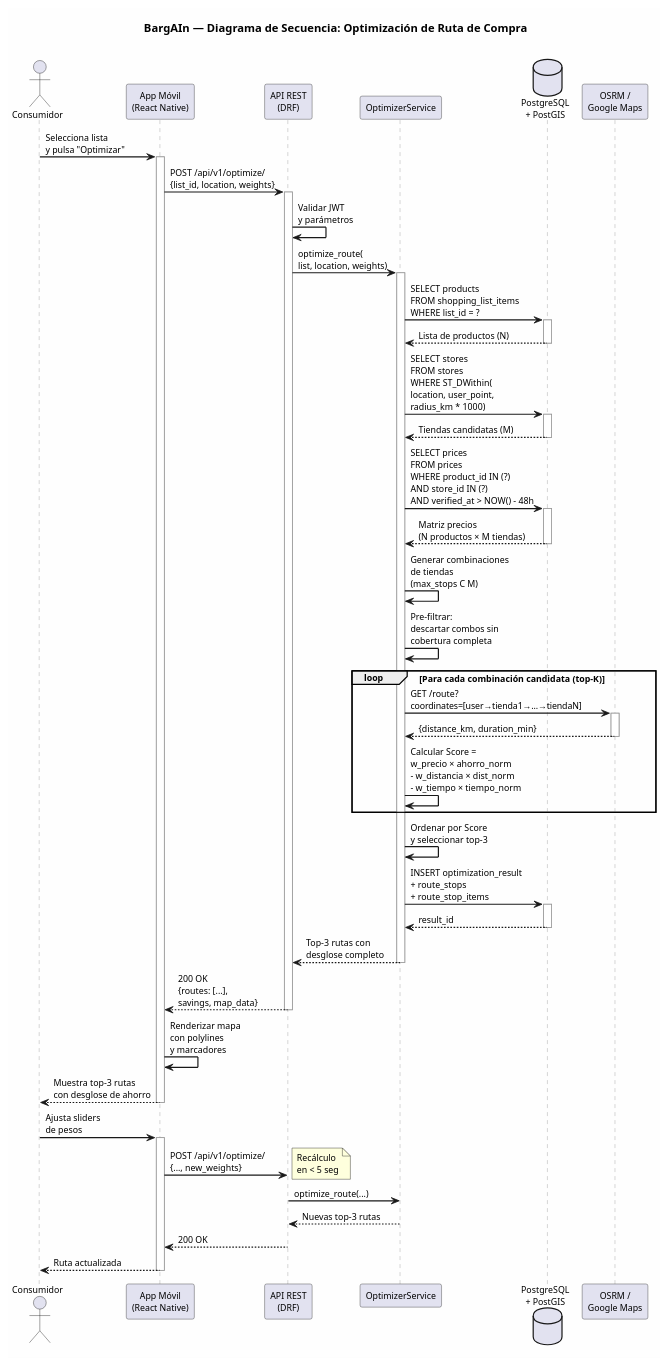
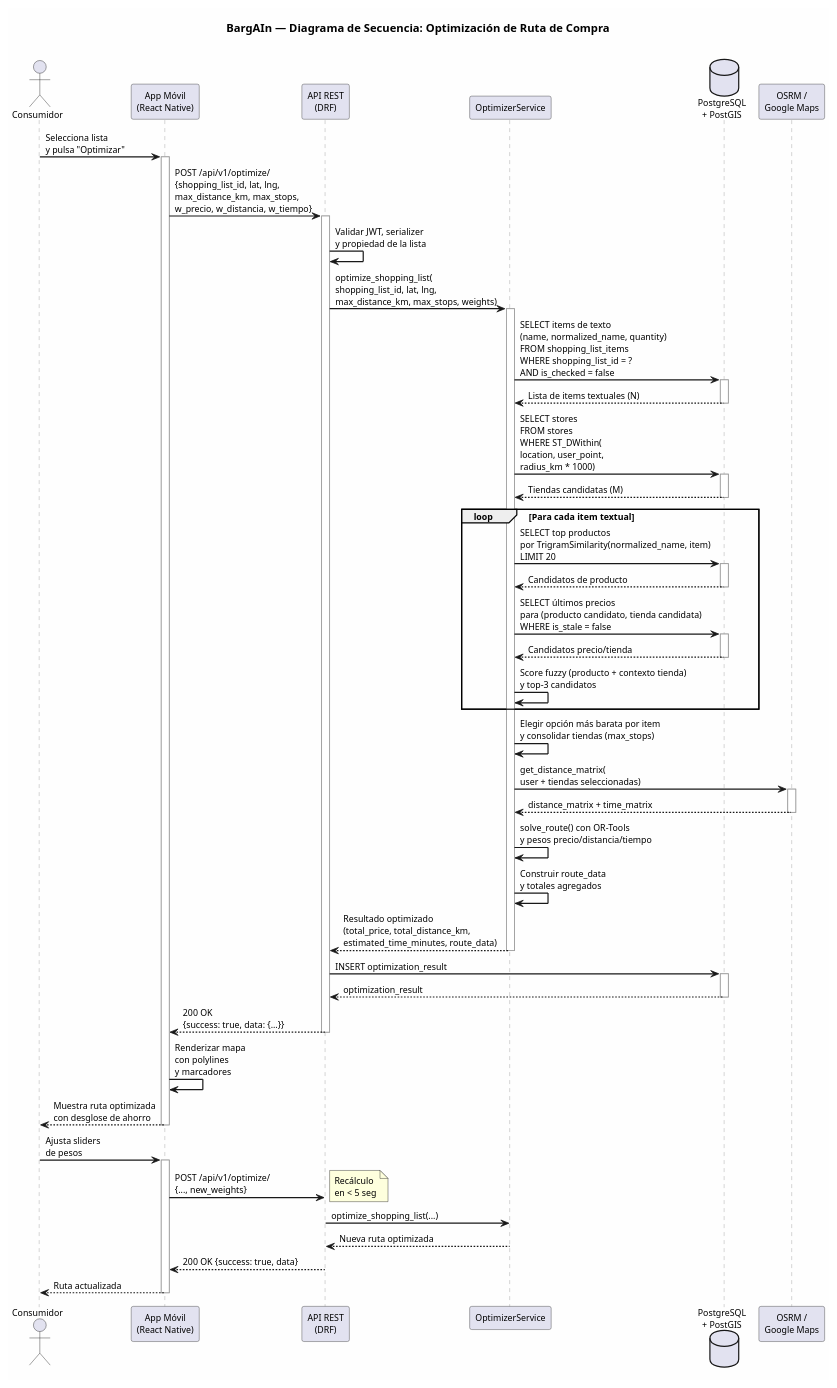
One commit to QHX0329/bargain-tfg changed the diagram in docs/diagramas/secuencia/secuencia-optimizacion.puml. Above: the diagram before and after it, drawn with PlantUML. The commit also changed 107 other files, not shown here.

```diff
--- a/docs/diagramas/secuencia/secuencia-optimizacion.puml
+++ b/docs/diagramas/secuencia/secuencia-optimizacion.puml
@@ -1,86 +1,91 @@
 @startuml secuencia-optimizacion
 skinparam backgroundColor #FEFEFE
 skinparam defaultFontName "Segoe UI"
 skinparam defaultFontSize 11
 skinparam shadowing false
 skinparam sequenceArrowThickness 1.5
 skinparam sequenceParticipantBorderColor #333
 skinparam sequenceLifeLineBorderColor #999
 
 title **BargAIn — Diagrama de Secuencia: Optimización de Ruta de Compra**\n
 
 actor "Consumidor" as user
 participant "App Móvil\n(React Native)" as app
 participant "API REST\n(DRF)" as api
 participant "OptimizerService" as optimizer
 database "PostgreSQL\n+ PostGIS" as db
 participant "OSRM /\nGoogle Maps" as maps
 
 user -> app : Selecciona lista\ny pulsa "Optimizar"
 activate app
 
-app -> api : POST /api/v1/optimize/\n{list_id, location, weights}
+app -> api : POST /api/v1/optimize/\n{shopping_list_id, lat, lng,\nmax_distance_km, max_stops,\nw_precio, w_distancia, w_tiempo}
 activate api
 
-api -> api : Validar JWT\ny parámetros
+api -> api : Validar JWT, serializer\ny propiedad de la lista
 
-api -> optimizer : optimize_route(\nlist, location, weights)
+api -> optimizer : optimize_shopping_list(\nshopping_list_id, lat, lng,\nmax_distance_km, max_stops, weights)
 activate optimizer
 
-optimizer -> db : SELECT products\nFROM shopping_list_items\nWHERE list_id = ?
+optimizer -> db : SELECT items de texto\n(name, normalized_name, quantity)\nFROM shopping_list_items\nWHERE shopping_list_id = ?\nAND is_checked = false
 activate db
-db --> optimizer : Lista de productos (N)
+db --> optimizer : Lista de items textuales (N)
 deactivate db
 
 optimizer -> db : SELECT stores\nFROM stores\nWHERE ST_DWithin(\nlocation, user_point,\nradius_km * 1000)
 activate db
 db --> optimizer : Tiendas candidatas (M)
 deactivate db
 
-optimizer -> db : SELECT prices\nFROM prices\nWHERE product_id IN (?)\nAND store_id IN (?)\nAND verified_at > NOW() - 48h
+loop Para cada item textual
+    optimizer -> db : SELECT top productos\npor TrigramSimilarity(normalized_name, item)\nLIMIT 20
+    activate db
+    db --> optimizer : Candidatos de producto
+    deactivate db
+
+    optimizer -> db : SELECT últimos precios\npara (producto candidato, tienda candidata)\nWHERE is_stale = false
+    activate db
+    db --> optimizer : Candidatos precio/tienda
+    deactivate db
+
+    optimizer -> optimizer : Score fuzzy (producto + contexto tienda)\ny top-3 candidatos
+end
+
+optimizer -> optimizer : Elegir opción más barata por item\ny consolidar tiendas (max_stops)
+
+optimizer -> maps : get_distance_matrix(\nuser + tiendas seleccionadas)
+activate maps
+maps --> optimizer : distance_matrix + time_matrix
+deactivate maps
+
+optimizer -> optimizer : solve_route() con OR-Tools\ny pesos precio/distancia/tiempo
+
+optimizer -> optimizer : Construir route_data\ny totales agregados
+
+optimizer --> api : Resultado optimizado\n(total_price, total_distance_km,\nestimated_time_minutes, route_data)
+deactivate optimizer
+
+api -> db : INSERT optimization_result
 activate db
-db --> optimizer : Matriz precios\n(N productos × M tiendas)
+db --> api : optimization_result
 deactivate db
 
-optimizer -> optimizer : Generar combinaciones\nde tiendas\n(max_stops C M)
-
-optimizer -> optimizer : Pre-filtrar:\ndescartar combos sin\ncobertura completa
-
-loop Para cada combinación candidata (top-K)
-    optimizer -> maps : GET /route?\ncoordinates=[user→tienda1→...→tiendaN]
-    activate maps
-    maps --> optimizer : {distance_km, duration_min}
-    deactivate maps
-
-    optimizer -> optimizer : Calcular Score =\nw_precio × ahorro_norm\n- w_distancia × dist_norm\n- w_tiempo × tiempo_norm
-end
-
-optimizer -> optimizer : Ordenar por Score\ny seleccionar top-3
-
-optimizer -> db : INSERT optimization_result\n+ route_stops\n+ route_stop_items
-activate db
-db --> optimizer : result_id
-deactivate db
-
-optimizer --> api : Top-3 rutas con\ndesglose completo
-deactivate optimizer
-
-api --> app : 200 OK\n{routes: [...],\nsavings, map_data}
+api --> app : 200 OK\n{success: true, data: {...}}
 deactivate api
 
 app -> app : Renderizar mapa\ncon polylines\ny marcadores
 
-app --> user : Muestra top-3 rutas\ncon desglose de ahorro
+app --> user : Muestra ruta optimizada\ncon desglose de ahorro
 deactivate app
 
 user -> app : Ajusta sliders\nde pesos
 activate app
 app -> api : POST /api/v1/optimize/\n{..., new_weights}
 note right: Recálculo\nen < 5 seg
-api -> optimizer : optimize_route(...)
-optimizer --> api : Nuevas top-3 rutas
-api --> app : 200 OK
+api -> optimizer : optimize_shopping_list(...)
+optimizer --> api : Nueva ruta optimizada
+api --> app : 200 OK {success: true, data}
 app --> user : Ruta actualizada
 deactivate app
 
 @enduml
```
